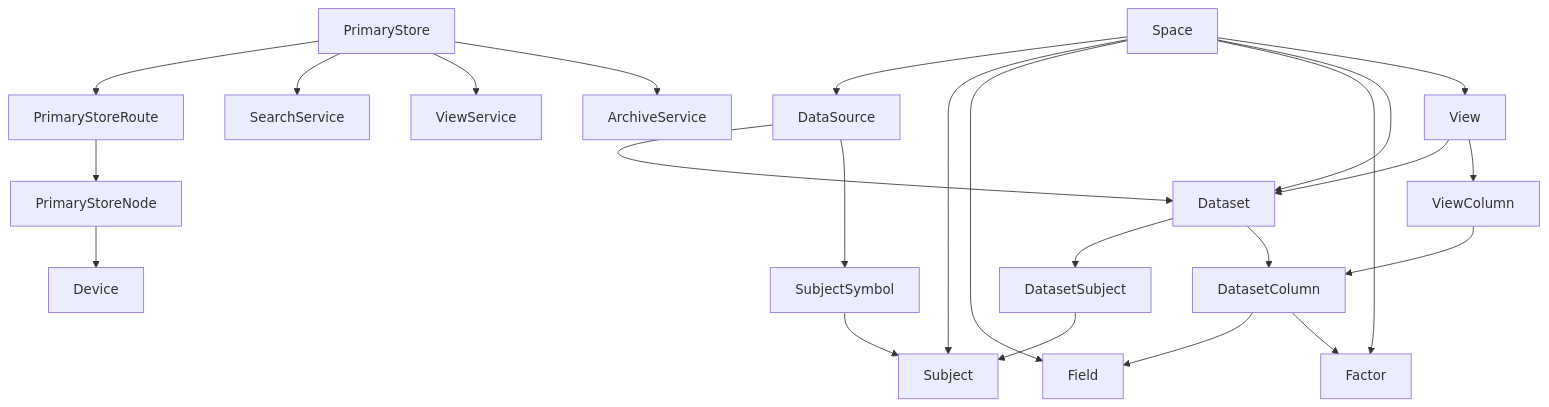
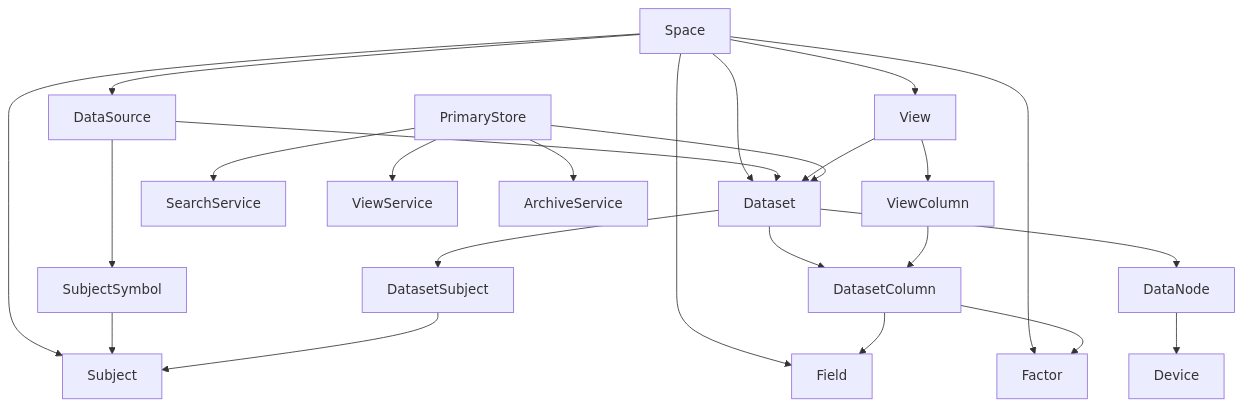
The diagram in docs/量化金融数据概念.md (mooyang-code/moox), drawn with Mermaid before and after one commit. The commit also changed other lines of this file and 30 other files, not shown here.

Commit message:
docs(storage): document direct DataNode binding model

````diff
--- a/docs/量化金融数据概念.md
+++ b/docs/量化金融数据概念.md
@@ -20,41 +22,41 @@
 ```mermaid
 flowchart TD
     SP["Space"]
     SRC["DataSource"]
     SUB["Subject"]
     SYM["SubjectSymbol"]
     DS["Dataset"]
     DSS["DatasetSubject"]
     FIELD["Field"]
     FACTOR["Factor"]
     DC["DatasetColumn"]
     VIEW["View"]
     VC["ViewColumn"]
     ACCESS["PrimaryStore"]
-    PNODE["PrimaryStoreNode"]
+    DNODE["DataNode"]
     DEV["Device"]
-    ROUTE["PrimaryStoreRoute"]
     SEARCH["SearchService"]
     VIEW_SVC["ViewService"]
     ARCHIVE["ArchiveService"]
 
     SP --> SRC
     SP --> SUB
     SP --> FIELD
     SP --> FACTOR
     SP --> DS
     SP --> VIEW
     SRC --> DS
     SRC --> SYM --> SUB
     DS --> DSS --> SUB
     DS --> DC
     DC --> FIELD
     DC --> FACTOR
     VIEW --> DS
     VIEW --> VC
     VC --> DC
-    ACCESS --> ROUTE --> PNODE --> DEV
+    ACCESS --> DS
+    DS --> DNODE --> DEV
     ACCESS --> SEARCH
     ACCESS --> VIEW_SVC
     ACCESS --> ARCHIVE
 ```
````
